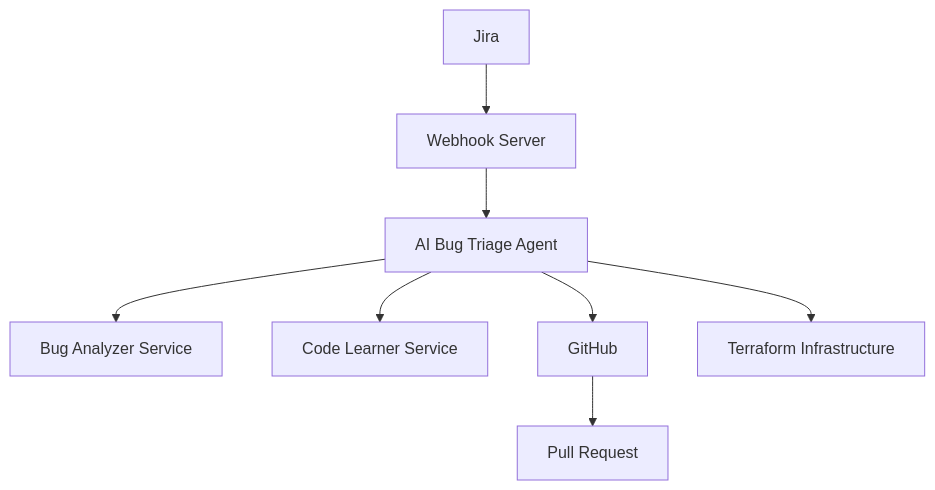
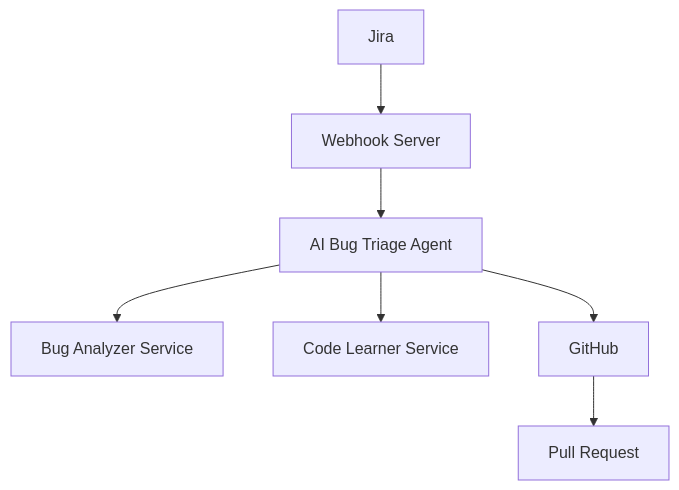
The diagram in README.md (motart/ai-bug-triage-agent), drawn with Mermaid before and after one commit. The commit also changed other lines of this file and 6 other files, not shown here.

````diff
--- a/README.md
+++ b/README.md
@@ -155,18 +145,16 @@
 ```mermaid
 graph TD
     Jira[Jira]
     Webhook[Webhook Server]
     Agent[AI Bug Triage Agent]
     Analyzer[Bug Analyzer Service]
     Learner[Code Learner Service]
     VCS[GitHub]
     Review[Pull Request]
-    Infra[Terraform Infrastructure]
     Jira --> Webhook
     Webhook --> Agent
     Agent --> Analyzer
     Agent --> Learner
     Agent --> VCS
     VCS --> Review
-    Agent --> Infra
 ```
````
